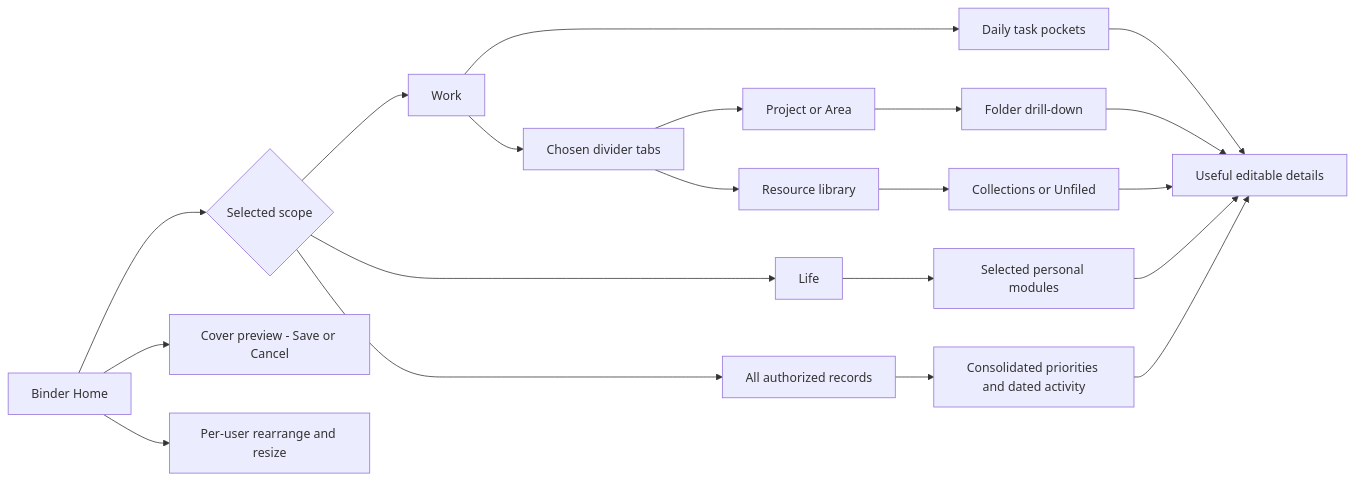
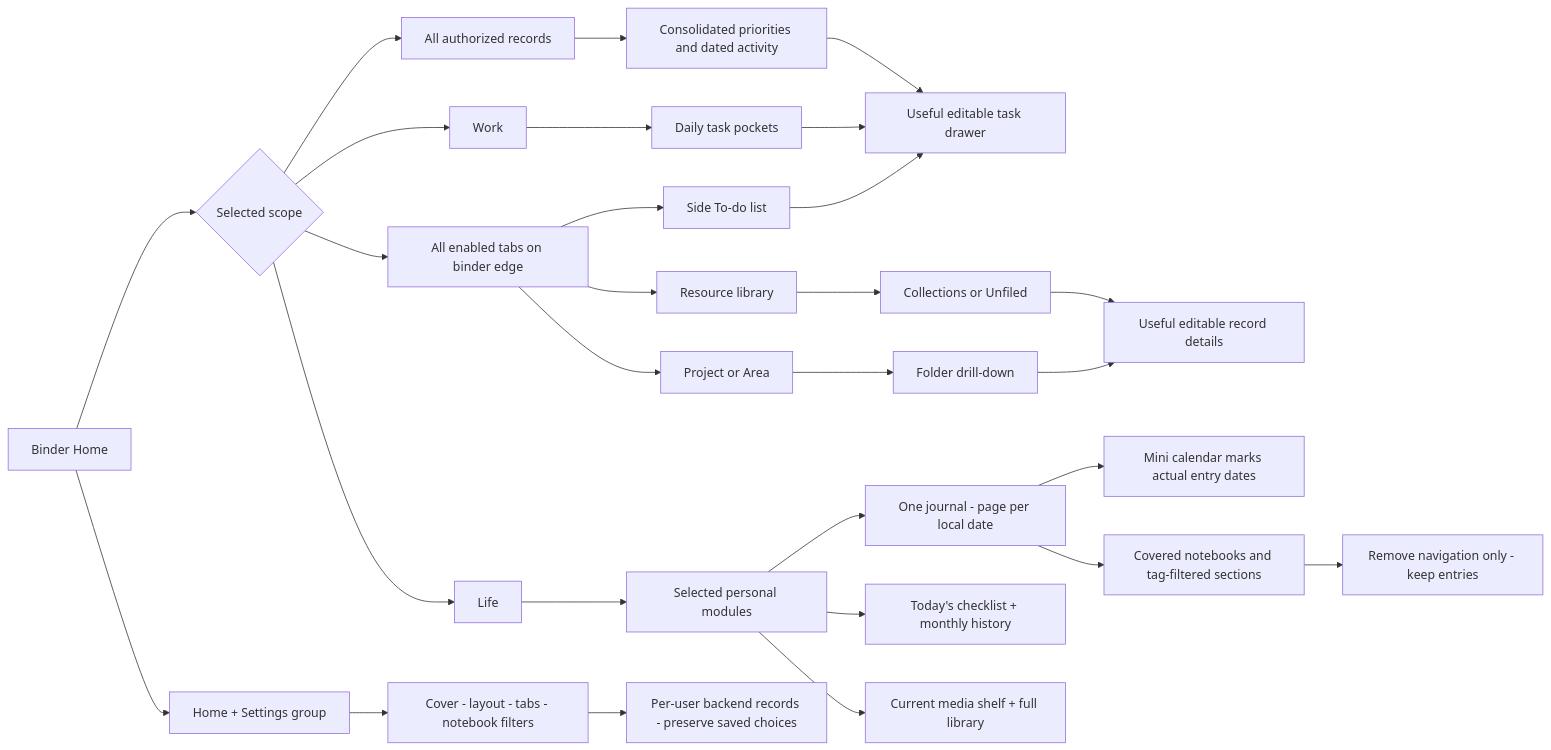
Before and after one commit to asymetryk/trapper-keeper-starter: the diagram in diagrams/02-navigation.mmd, drawn with Mermaid. The commit also changed 26 other files, not shown here.

Commit message:
Document persistent binder configuration and task and journal flows

```diff
--- a/diagrams/02-navigation.mmd
+++ b/diagrams/02-navigation.mmd
@@ -1,20 +1,28 @@
 flowchart LR
   Home[Binder Home] --> Mode{Selected scope}
   Mode --> W[Work]
   Mode --> L[Life]
   Mode --> U[All authorized records]
   W --> Daily[Daily task pockets]
-  W --> Tabs[Chosen divider tabs]
+  Home --> Tools[Home + Settings group]
+  Tools --> Config[Cover - layout - tabs - notebook filters]
+  Mode --> Tabs[All enabled tabs on binder edge]
+  Tabs --> Todo[Side To-do list]
+  Todo --> TaskDetail[Useful editable task drawer]
   L --> Personal[Selected personal modules]
   U --> Focus[Consolidated priorities and dated activity]
   Tabs --> Project[Project or Area]
   Project --> Folder[Folder drill-down]
-  Folder --> Detail[Useful editable details]
-  Daily --> Detail
-  Focus --> Detail
+  Folder --> Detail[Useful editable record details]
+  Daily --> TaskDetail
+  Focus --> TaskDetail
   Tabs --> Resource[Resource library]
   Resource --> Collection[Collections or Unfiled]
   Collection --> Detail
-  Personal --> Detail
-  Home --> Theme[Cover preview - Save or Cancel]
-  Home --> Layout[Per-user rearrange and resize]
+  Personal --> Journal[One journal - page per local date]
+  Journal --> Calendar[Mini calendar marks actual entry dates]
+  Journal --> Notebooks[Covered notebooks and tag-filtered sections]
+  Notebooks --> Remove[Remove navigation only - keep entries]
+  Personal --> Habits[Today's checklist + monthly history]
+  Personal --> Media[Current media shelf + full library]
+  Config --> Persist[Per-user backend records - preserve saved choices]
```
